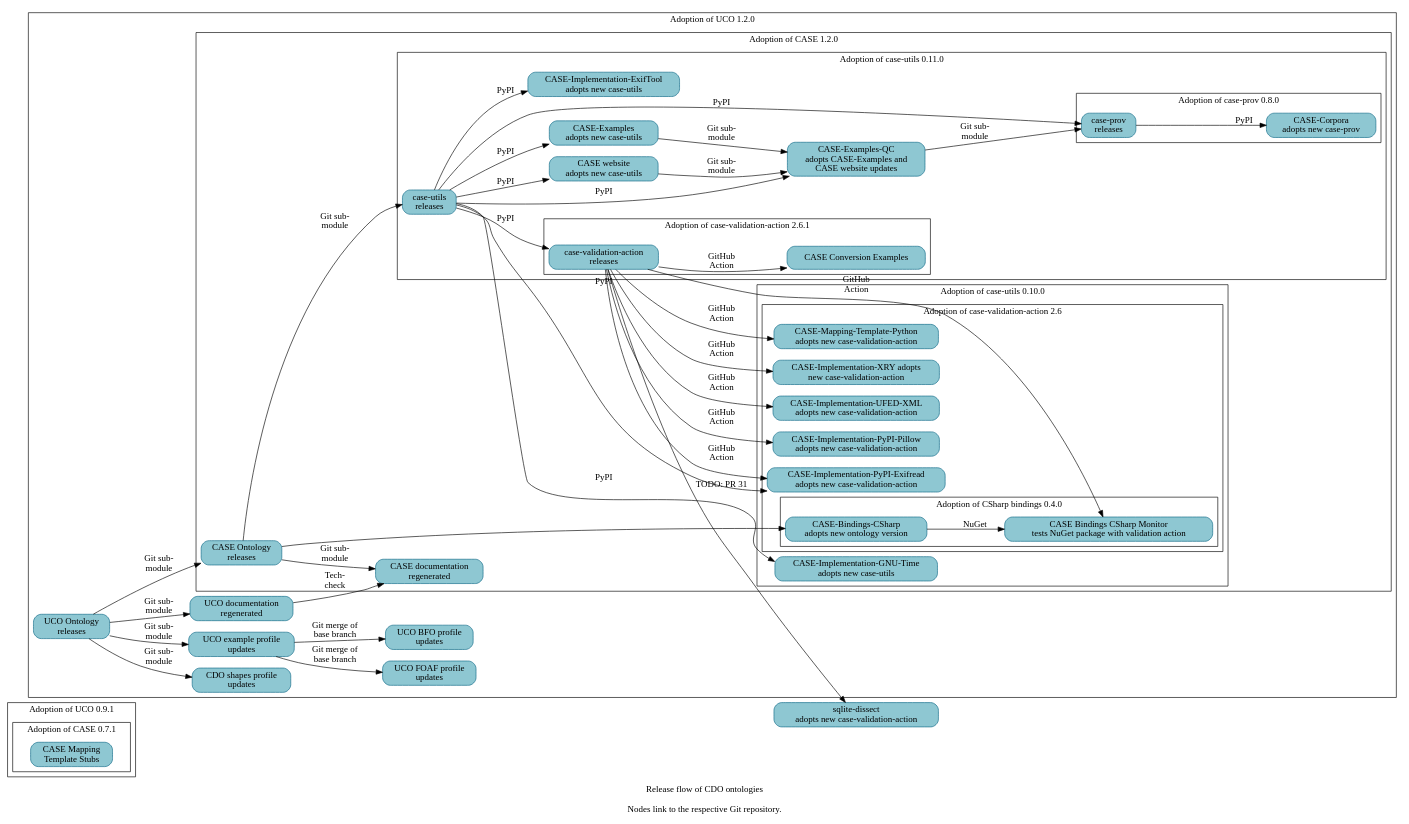
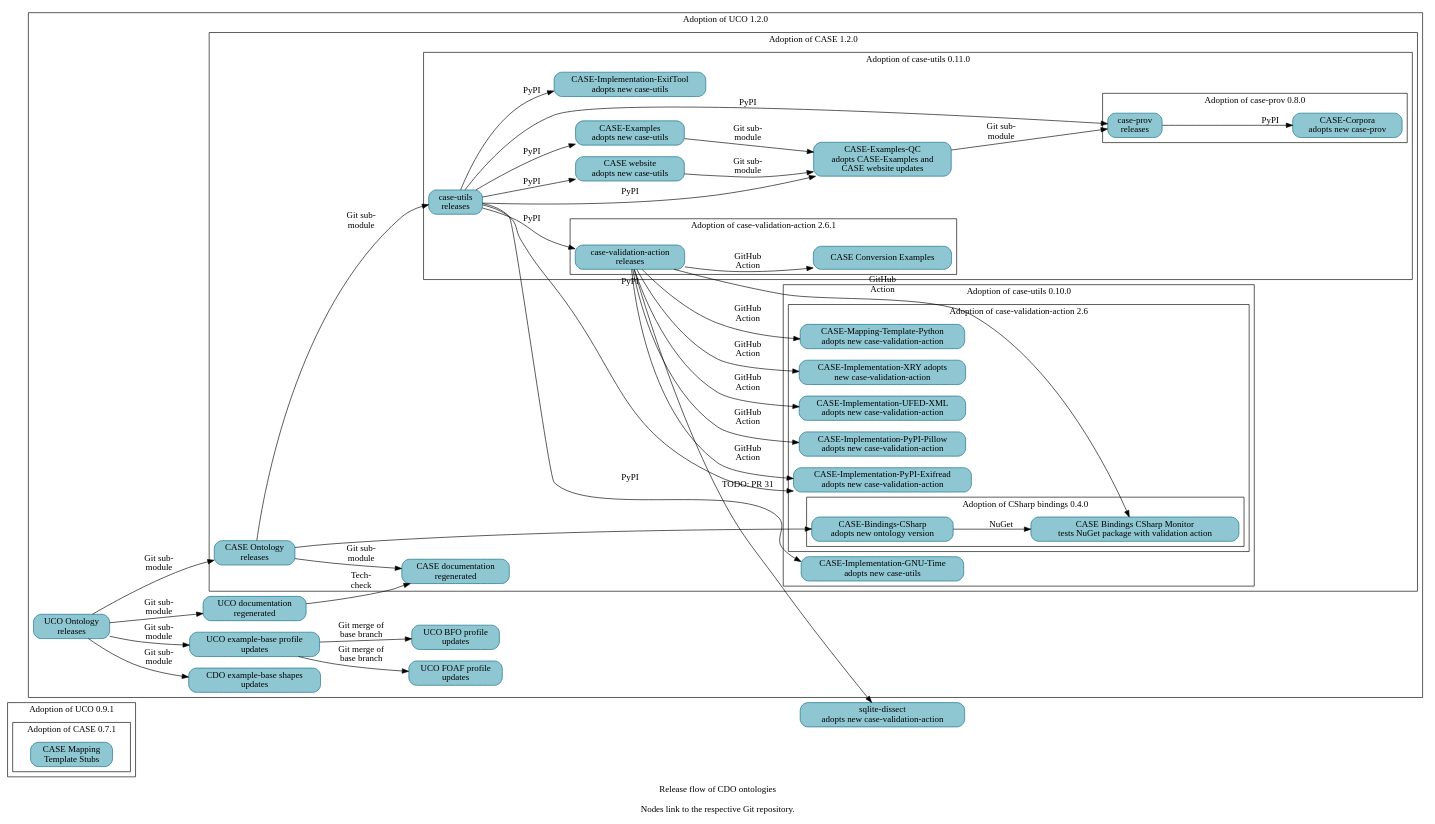
The diagram in resources/project_release_flow.dot (Cyber-Domain-Ontology/cdo.github.io), drawn with Graphviz before and after one commit.

Commit message:
Fix and adjust example-base repository labels
A follow-on patch will regenerate Make-managed files.

```diff
--- a/resources/project_release_flow.dot
+++ b/resources/project_release_flow.dot
@@ -1,117 +1,117 @@
 digraph "cdo_release_flow" {
   label = "Release flow of CDO ontologies\n\nNodes link to the respective Git repository." ;
   rankdir = "LR" ;
   node [shape="rectangle" style="filled,rounded" fillcolor="#8EC7D2" color="#0D6986"] ;
 
 
   // Define nodes in their corresponding progress subgraph.
 
   subgraph cluster_uco_0_9_1 {
     label = "Adoption of UCO 0.9.1" ;
 
     subgraph cluster_case_0_7_1 {
       label = "Adoption of CASE 0.7.1" ;
       _GH__CASEWORK__CASE_MAPPING_TEMPLATE_STUBS [URL="https://github.com/casework/CASE-Mapping-Template-Stubs" label="CASE Mapping\nTemplate Stubs"] ;
     }
   }
 
   subgraph cluster_uco_1_2_0 {
     label = "Adoption of UCO 1.2.0" ;
 
-    _GH__CYBER_DOMAIN_ONTOLOGY__CDO_SHAPES_EXAMPLE [URL="https://github.com/Cyber-Domain-Ontology/CDO-Shapes-Example" label="CDO shapes profile\nupdates"]
+    _GH__CYBER_DOMAIN_ONTOLOGY__CDO_SHAPES_EXAMPLE [URL="https://github.com/Cyber-Domain-Ontology/CDO-Shapes-Example" label="CDO example-base shapes\nupdates"]
     _GH__UCOPROJECT__ONTOLOGY_UNIFIEDCYBERONTOLOGY_ORG [URL="https://github.com/ucoProject/ontology.unifiedcyberontology.org" label="UCO documentation\nregenerated"] ;
     _GH__UCOPROJECT__UCO [URL="https://github.com/ucoProject/UCO" label="UCO Ontology\nreleases"] ;
     _GH__UCOPROJECT__UCO_PROFILE_BFO [URL="https://github.com/ucoProject/UCO-Profile-BFO" label="UCO BFO profile\nupdates"] ;
-    _GH__UCOPROJECT__UCO_PROFILE_EXAMPLE [URL="https://github.com/ucoProject/UCO-Profile-Example" label="UCO example profile\nupdates"] ;
+    _GH__UCOPROJECT__UCO_PROFILE_EXAMPLE [URL="https://github.com/ucoProject/UCO-Profile-Example" label="UCO example-base profile\nupdates"] ;
     _GH__UCOPROJECT__UCO_PROFILE_FOAF [URL="https://github.com/ucoProject/UCO-Profile-FOAF" label="UCO FOAF profile\nupdates"] ;
 
     subgraph cluster_case_1_2_0 {
       label = "Adoption of CASE 1.2.0" ;
 
       _GH__CASEWORK__CASE [URL="https://github.com/casework/CASE" label="CASE Ontology\nreleases"] ;
       _GH__CASEWORK__ONTOLOGY_CASEONTOLOGY_ORG [URL="https://github.com/casework/ontology.caseontology.org" label="CASE documentation\nregenerated"] ;
 
       subgraph cluster_case_utils_0_10_0 {
         label = "Adoption of case-utils 0.10.0" ;
 
         _GH__CASEWORK__CASE_IMPLEMENTATON_GNU_TIME [URL="https://github.com/casework/CASE-Implementation-GNU-Time" label="CASE-Implementation-GNU-Time\nadopts new case-utils"] ;
 
         subgraph cluster_case_validation_action_2_6 {
           label = "Adoption of case-validation-action 2.6" ;
 
           _GH__CASEWORK__CASE_IMPLEMENTATON_PYPI_EXIFREAD [URL="https://github.com/casework/CASE-Implementation-PyPI-Exifread" label="CASE-Implementation-PyPI-Exifread\nadopts new case-validation-action"] ;
           _GH__CASEWORK__CASE_IMPLEMENTATON_PYPI_PILLOW [URL="https://github.com/casework/CASE-Implementation-PyPI-Pillow" label="CASE-Implementation-PyPI-Pillow\nadopts new case-validation-action"] ;
           _GH__CASEWORK__CASE_IMPLEMENTATON_UFED_XML [URL="https://github.com/casework/CASE-Implementation-UFED-XML" label="CASE-Implementation-UFED-XML\nadopts new case-validation-action"] ;
           _GH__CASEWORK__CASE_IMPLEMENTATON_XRY [URL="https://github.com/casework/CASE-Implementation-XRY" label="CASE-Implementation-XRY adopts\nnew case-validation-action"] ;
           _GH__CASEWORK__CASE_MAPPING_TEMPLATE_PYTHON [URL="https://github.com/casework/CASE-Mapping-Template-Python" label="CASE-Mapping-Template-Python\nadopts new case-validation-action"] ;
 
           subgraph cluster_case_bindings_csharp_0_4_0 {
             label = "Adoption of CSharp bindings 0.4.0" ;
 
             _GH__CASEWORK__CASE_BINDINGS_CSHARP_MONITOR [URL="https://github.com/casework/CASE-Bindings-CSharp-Monitor" label="CASE Bindings CSharp Monitor\ntests NuGet package with validation action"] ;
             _GH__CIPHERTECHSOLUTIONS__CASE_BINDINGS_CSHARP [URL="https://github.com/ciphertechsolutions/CASE-Bindings-CSharp" label="CASE-Bindings-CSharp\nadopts new ontology version"]
           }
         }
       }
 
       subgraph cluster_case_utils_0_11_0 {
         label = "Adoption of case-utils 0.11.0" ;
 
         _GH__AJNELSON_NIST__CASE_EXAMPLES_QC [URL="https://github.com/ajnelson-nist/CASE-Examples-QC" label="CASE-Examples-QC\nadopts CASE-Examples and\nCASE website updates"] ;
         _GH__CASEWORK__CASE_EXAMPLES [URL="https://github.com/casework/CASE-Examples" label="CASE-Examples\nadopts new case-utils"] ;
         _GH__CASEWORK__CASE_IMPLEMENTATON_EXIFTOOL [URL="https://github.com/casework/CASE-Implementation-ExifTool" label="CASE-Implementation-ExifTool\nadopts new case-utils"] ;
         _GH__CASEWORK__CASE_UTILITIES_PYTHON [URL="https://github.com/casework/CASE-Utilities-Python" label="case-utils\nreleases"] ;
         _GH__CASEWORK__CASEWORK_GITHUB_IO [URL="https://github.com/casework/casework.github.io" label="CASE website\nadopts new case-utils"] ;
 
         subgraph cluster_case_prov_0_8_0 {
           label = "Adoption of case-prov 0.8.0" ;
 
           _GH__CASEWORK__CASE_CORPORA [URL="https://github.com/casework/CASE-Corpora" label="CASE-Corpora\nadopts new case-prov"] ;
           _GH__CASEWORK__CASE_IMPLEMENTATON_PROV_O [URL="https://github.com/casework/CASE-Implementation-PROV-O" label="case-prov\nreleases"] ;
         }
         subgraph cluster_case_validation_action_2_6_1 {
           label = "Adoption of case-validation-action 2.6.1" ;
 
           _GH__CASEWORK__CASE_EXAMPLES_CONVERSION [URL="https://github.com/casework/CASE-Examples-Conversion" label="CASE Conversion Examples"]
           _GH__KCHASON__CASE_VALIDATION_ACTION [URL="https://github.com/kchason/case-validation-action" label="case-validation-action\nreleases"] ;
         }
       }
     }
   }
 
   _GH__DOD_CYBER_CRIME_CENTER__SQLITE_DISSECT [URL="https://github.com/dod-cyber-crime-center/sqlite-dissect" label="sqlite-dissect\nadopts new case-validation-action"] ;
 
   // Begin edges
 
   _GH__AJNELSON_NIST__CASE_EXAMPLES_QC -> _GH__CASEWORK__CASE_IMPLEMENTATON_PROV_O [label="Git sub-\nmodule"] ;
   _GH__CASEWORK__CASE -> _GH__CASEWORK__CASE_UTILITIES_PYTHON [label="Git sub-\nmodule"] ;
   _GH__CASEWORK__CASE -> _GH__CIPHERTECHSOLUTIONS__CASE_BINDINGS_CSHARP ;
   _GH__CASEWORK__CASE -> _GH__CASEWORK__ONTOLOGY_CASEONTOLOGY_ORG [label="Git sub-\nmodule"] ; 
   _GH__CASEWORK__CASE_EXAMPLES -> _GH__AJNELSON_NIST__CASE_EXAMPLES_QC [label="Git sub-\nmodule"] ;
   _GH__CASEWORK__CASE_IMPLEMENTATON_PROV_O -> _GH__CASEWORK__CASE_CORPORA [label="PyPI"] ;
   _GH__CASEWORK__CASE_UTILITIES_PYTHON -> _GH__AJNELSON_NIST__CASE_EXAMPLES_QC [label="PyPI"] ;
   _GH__CASEWORK__CASE_UTILITIES_PYTHON -> _GH__CASEWORK__CASE_EXAMPLES [label="PyPI"] ;
   _GH__CASEWORK__CASE_UTILITIES_PYTHON -> _GH__CASEWORK__CASE_IMPLEMENTATON_EXIFTOOL [label="PyPI"] ;
   _GH__CASEWORK__CASE_UTILITIES_PYTHON -> _GH__CASEWORK__CASE_IMPLEMENTATON_GNU_TIME [label="PyPI"] ;
   _GH__CASEWORK__CASE_UTILITIES_PYTHON -> _GH__CASEWORK__CASE_IMPLEMENTATON_PROV_O [label="PyPI"] ;
   _GH__CASEWORK__CASE_UTILITIES_PYTHON -> _GH__CASEWORK__CASE_IMPLEMENTATON_PYPI_EXIFREAD [label="PyPI"] ;
   _GH__CASEWORK__CASE_UTILITIES_PYTHON -> _GH__KCHASON__CASE_VALIDATION_ACTION [label="PyPI"] ;
   _GH__CASEWORK__CASE_UTILITIES_PYTHON -> _GH__CASEWORK__CASEWORK_GITHUB_IO [label="PyPI"] ;
   _GH__CASEWORK__CASEWORK_GITHUB_IO -> _GH__AJNELSON_NIST__CASE_EXAMPLES_QC [label="Git sub-\nmodule"] ;
   _GH__CIPHERTECHSOLUTIONS__CASE_BINDINGS_CSHARP -> _GH__CASEWORK__CASE_BINDINGS_CSHARP_MONITOR [label="NuGet"] ;
   _GH__KCHASON__CASE_VALIDATION_ACTION -> _GH__CASEWORK__CASE_BINDINGS_CSHARP_MONITOR [label="GitHub\nAction"] ;
   _GH__KCHASON__CASE_VALIDATION_ACTION -> _GH__CASEWORK__CASE_EXAMPLES_CONVERSION [label="GitHub\nAction"];
   _GH__KCHASON__CASE_VALIDATION_ACTION -> _GH__CASEWORK__CASE_IMPLEMENTATON_PYPI_EXIFREAD [label="GitHub\nAction"] ;
   _GH__KCHASON__CASE_VALIDATION_ACTION -> _GH__CASEWORK__CASE_IMPLEMENTATON_PYPI_PILLOW [label="GitHub\nAction"] ;
   _GH__KCHASON__CASE_VALIDATION_ACTION -> _GH__CASEWORK__CASE_IMPLEMENTATON_UFED_XML [label="GitHub\nAction"] ;
   _GH__KCHASON__CASE_VALIDATION_ACTION -> _GH__CASEWORK__CASE_IMPLEMENTATON_XRY [label="GitHub\nAction"] ;
   _GH__KCHASON__CASE_VALIDATION_ACTION -> _GH__CASEWORK__CASE_MAPPING_TEMPLATE_PYTHON [label="GitHub\nAction"] ;
   _GH__KCHASON__CASE_VALIDATION_ACTION -> _GH__DOD_CYBER_CRIME_CENTER__SQLITE_DISSECT [URL="https://github.com/dod-cyber-crime-center/sqlite-dissect/pull/31" label="TODO: PR 31"] ;
   _GH__UCOPROJECT__ONTOLOGY_UNIFIEDCYBERONTOLOGY_ORG -> _GH__CASEWORK__ONTOLOGY_CASEONTOLOGY_ORG [label="Tech-\ncheck"];
   _GH__UCOPROJECT__UCO -> _GH__CASEWORK__CASE [label="Git sub-\nmodule"] ;
   _GH__UCOPROJECT__UCO -> _GH__CYBER_DOMAIN_ONTOLOGY__CDO_SHAPES_EXAMPLE [label="Git sub-\nmodule"] ;
   _GH__UCOPROJECT__UCO -> _GH__UCOPROJECT__ONTOLOGY_UNIFIEDCYBERONTOLOGY_ORG [label="Git sub-\nmodule"] ;
   _GH__UCOPROJECT__UCO -> _GH__UCOPROJECT__UCO_PROFILE_EXAMPLE [label="Git sub-\nmodule"] ;
   _GH__UCOPROJECT__UCO_PROFILE_EXAMPLE -> _GH__UCOPROJECT__UCO_PROFILE_BFO [label="Git merge of\nbase branch"] ;
   _GH__UCOPROJECT__UCO_PROFILE_EXAMPLE -> _GH__UCOPROJECT__UCO_PROFILE_FOAF [label="Git merge of\nbase branch"] ;
 }
```
